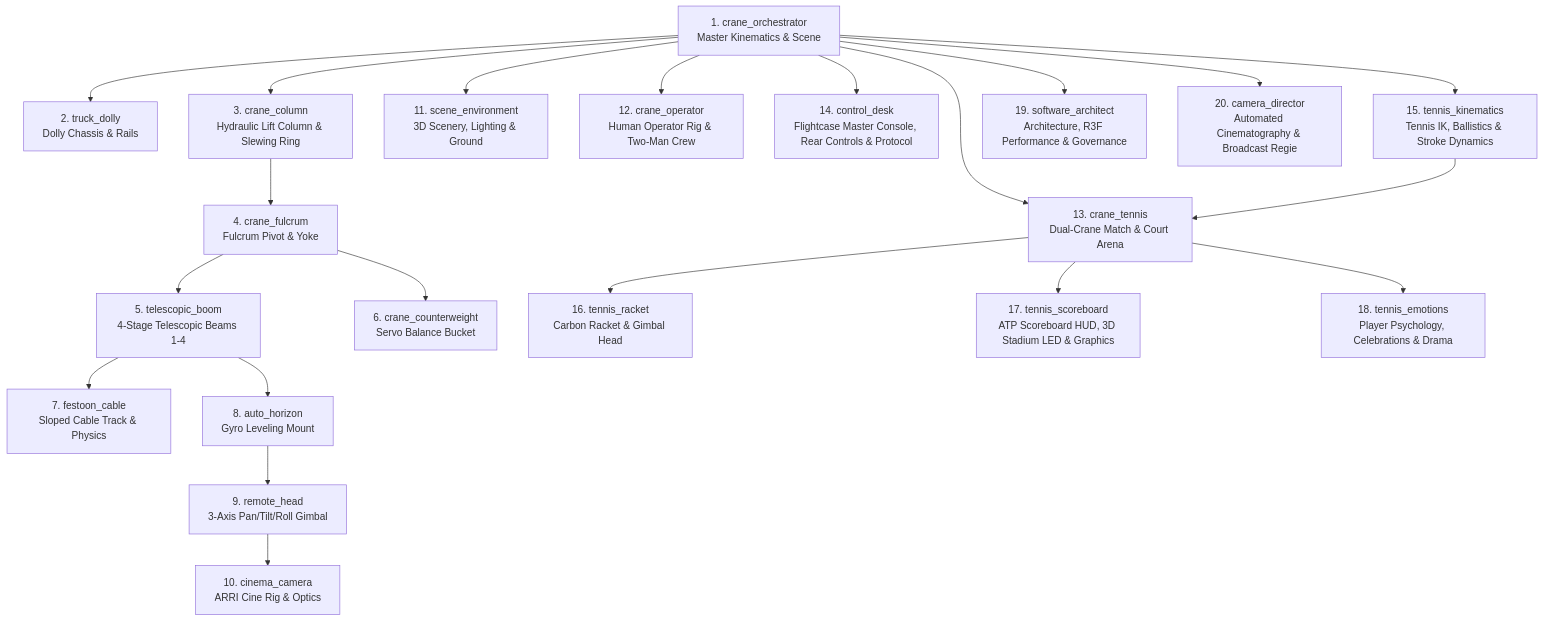
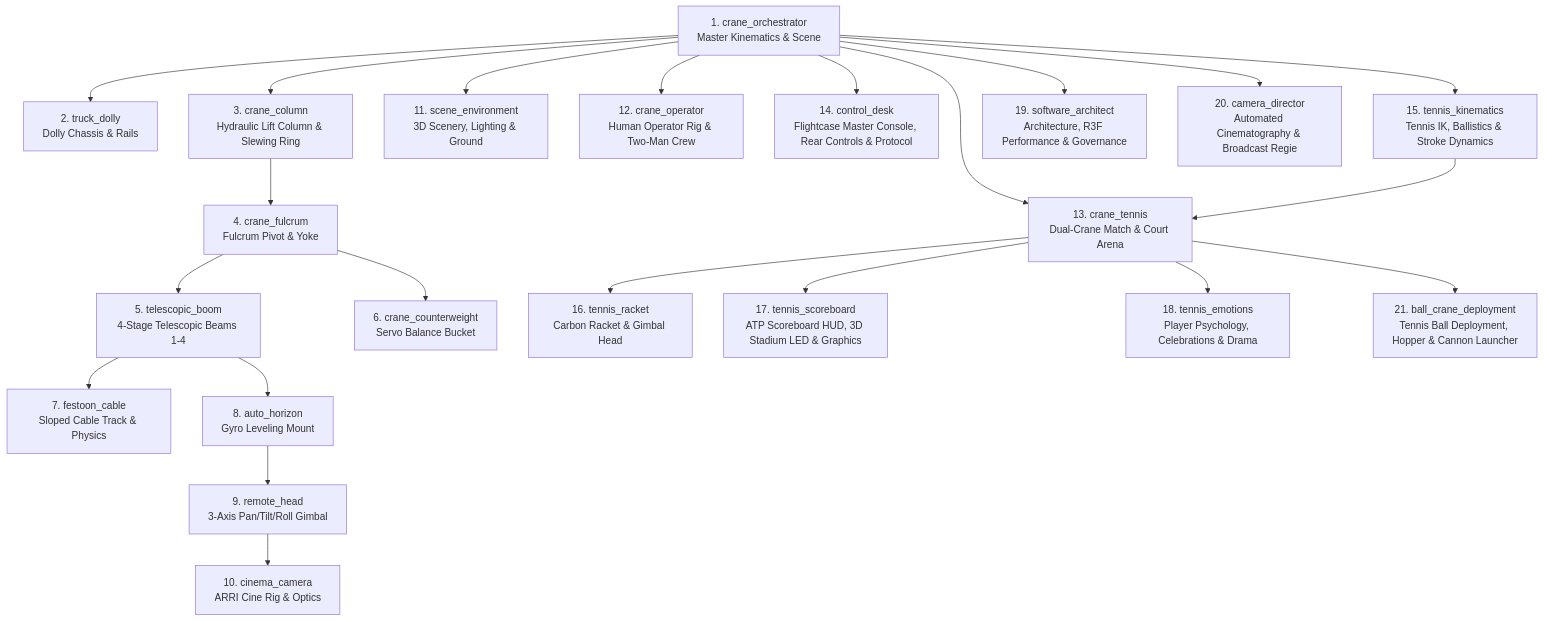
One commit to Rocal007/headings_3d changed the diagram in AGENTS.md. Above: the diagram before and after it, drawn with Mermaid. The commit also changed other lines of this file and 12 other files, not shown here.

Commit message:
feat(tennis): implement tennis ball deployment system with hopper cannon, camera director upgrades and performance monitoring

````diff
--- a/AGENTS.md
+++ b/AGENTS.md
@@ -10,23 +10,24 @@
 ```mermaid
 graph TD
     Orchestrator[1. crane_orchestrator<br/>Master Kinematics & Scene] --> Dolly[2. truck_dolly<br/>Dolly Chassis & Rails]
     Orchestrator --> Column[3. crane_column<br/>Hydraulic Lift Column & Slewing Ring]
     Column --> Fulcrum[4. crane_fulcrum<br/>Fulcrum Pivot & Yoke]
     Fulcrum --> Boom[5. telescopic_boom<br/>4-Stage Telescopic Beams 1-4]
     Fulcrum --> Counterweight[6. crane_counterweight<br/>Servo Balance Bucket]
     Boom --> Festoon[7. festoon_cable<br/>Sloped Cable Track & Physics]
     Boom --> Horizon[8. auto_horizon<br/>Gyro Leveling Mount]
     Horizon --> Head[9. remote_head<br/>3-Axis Pan/Tilt/Roll Gimbal]
     Head --> Camera[10. cinema_camera<br/>ARRI Cine Rig & Optics]
     Orchestrator --> Scenery[11. scene_environment<br/>3D Scenery, Lighting & Ground]
     Orchestrator --> Operator[12. crane_operator<br/>Human Operator Rig & Two-Man Crew]
     Orchestrator --> Tennis[13. crane_tennis<br/>Dual-Crane Match & Court Arena]
     Orchestrator --> Desk[14. control_desk<br/>Flightcase Master Console, Rear Controls & Protocol]
     Orchestrator --> TennisKinematics[15. tennis_kinematics<br/>Tennis IK, Ballistics & Stroke Dynamics]
     TennisKinematics --> Tennis
     Tennis --> Racket[16. tennis_racket<br/>Carbon Racket & Gimbal Head]
     Tennis --> Scoreboard[17. tennis_scoreboard<br/>ATP Scoreboard HUD, 3D Stadium LED & Graphics]
     Tennis --> TennisEmotions[18. tennis_emotions<br/>Player Psychology, Celebrations & Drama]
     Orchestrator --> Architect[19. software_architect<br/>Architecture, R3F Performance & Governance]
     Orchestrator --> Director[20. camera_director<br/>Automated Cinematography & Broadcast Regie]
+    Tennis --> BallDeployment[21. ball_crane_deployment<br/>Tennis Ball Deployment, Hopper & Cannon Launcher]
 ```
````
